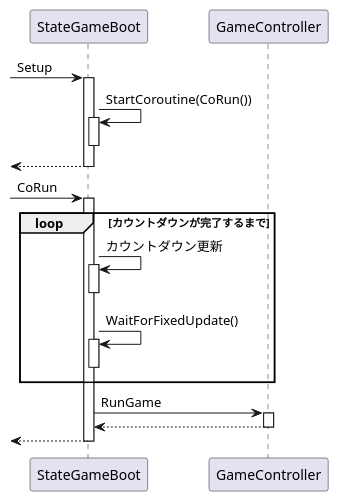
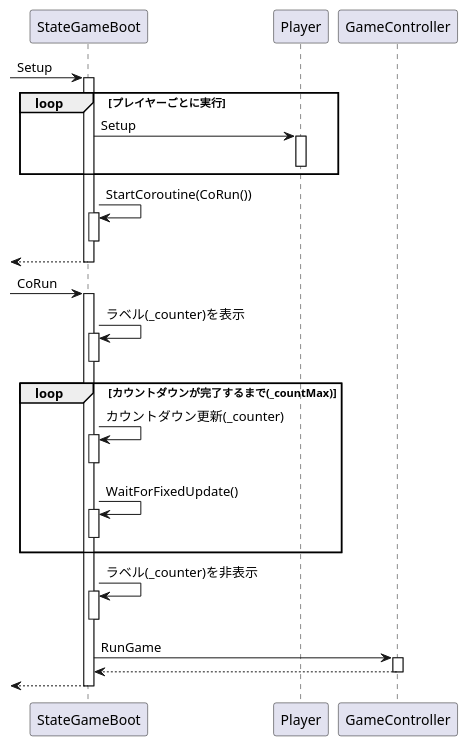
One commit to azarashin/UnityTetris changed the diagram in Documents/PlantUML/SD_StateGameBoot.pu. Above: the diagram before and after it, drawn with PlantUML. The commit also changed 7 other files, not shown here.

Commit message:
設計図を更新・修正。

```diff
--- a/Documents/PlantUML/SD_StateGameBoot.pu
+++ b/Documents/PlantUML/SD_StateGameBoot.pu
@@ -1,29 +1,40 @@
 @startuml
 
 [-> StateGameBoot : Setup
 activate StateGameBoot
+    loop プレイヤーごとに実行
+        StateGameBoot -> Player : Setup
+        activate Player
+        deactivate Player
+    end
     StateGameBoot -> StateGameBoot : StartCoroutine(CoRun())
         activate StateGameBoot
         deactivate StateGameBoot
     [<-- StateGameBoot
 deactivate StateGameBoot
 
 [-> StateGameBoot : CoRun
 activate StateGameBoot
-    loop カウントダウンが完了するまで
-        StateGameBoot -> StateGameBoot : カウントダウン更新
+    StateGameBoot -> StateGameBoot : ラベル(_counter)を表示
+    activate StateGameBoot
+    deactivate StateGameBoot
+    loop カウントダウンが完了するまで(_countMax)
+        StateGameBoot -> StateGameBoot : カウントダウン更新(_counter)
         activate StateGameBoot
         deactivate StateGameBoot
         StateGameBoot -> StateGameBoot : WaitForFixedUpdate()
         activate StateGameBoot
         deactivate StateGameBoot
     end
+    StateGameBoot -> StateGameBoot : ラベル(_counter)を非表示
+    activate StateGameBoot
+    deactivate StateGameBoot
     StateGameBoot -> GameController : RunGame
     activate GameController
         StateGameBoot <-- GameController
     deactivate GameController
     [<-- StateGameBoot
 deactivate StateGameBoot
 
 
 @enduml
```
